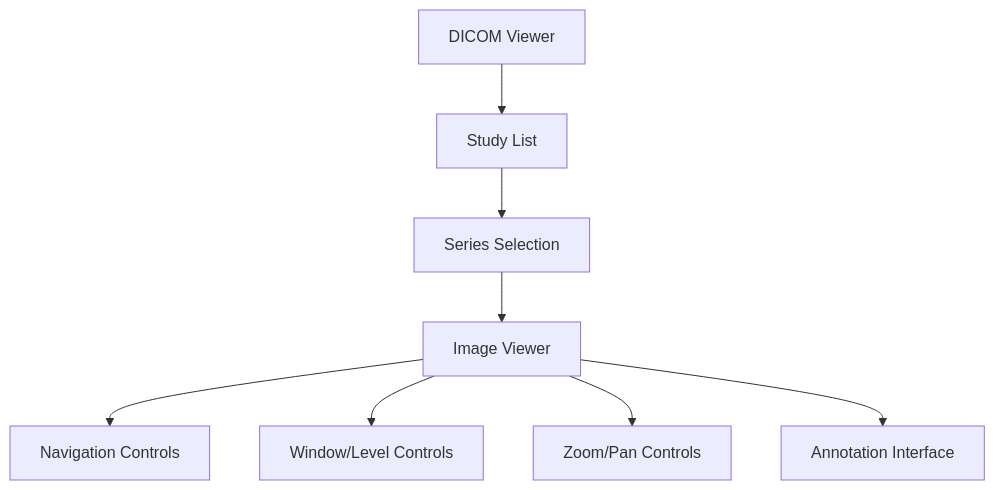
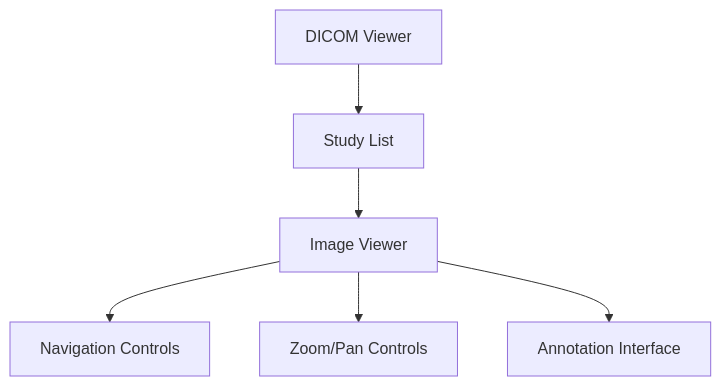
Before and after one commit to mgadaphy/dicom-research: the third of 7 diagrams in docs/core_features.md, drawn with Mermaid. The commit also changed other lines of this file and 1 other file, not shown here.

Commit message:
Updated the the documentations of the database schema

````diff
--- a/docs/core_features.md
+++ b/docs/core_features.md
@@ -218,11 +147,9 @@
 ```mermaid
 graph TD
   A[DICOM Viewer] --> B[Study List]
-  B --> C[Series Selection]
-  C --> D[Image Viewer]
+  B --> C[Image Viewer]
   
-  D --> E[Navigation Controls]
-  D --> F[Window/Level Controls]
-  D --> G[Zoom/Pan Controls]
-  D --> H[Annotation Interface]
+  C --> D[Navigation Controls]
+  C --> E[Zoom/Pan Controls]
+  C --> F[Annotation Interface]
 ```
````
